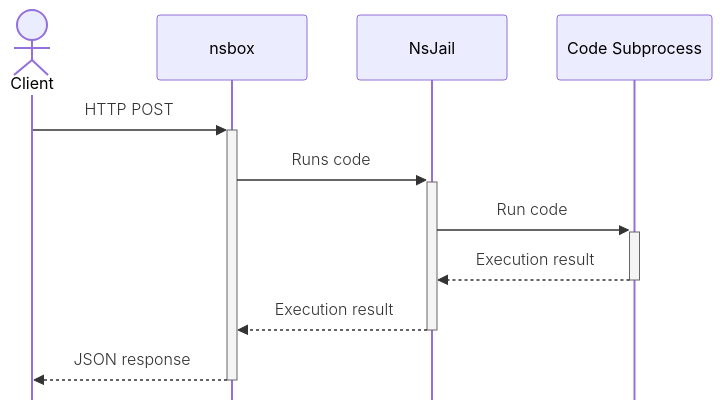
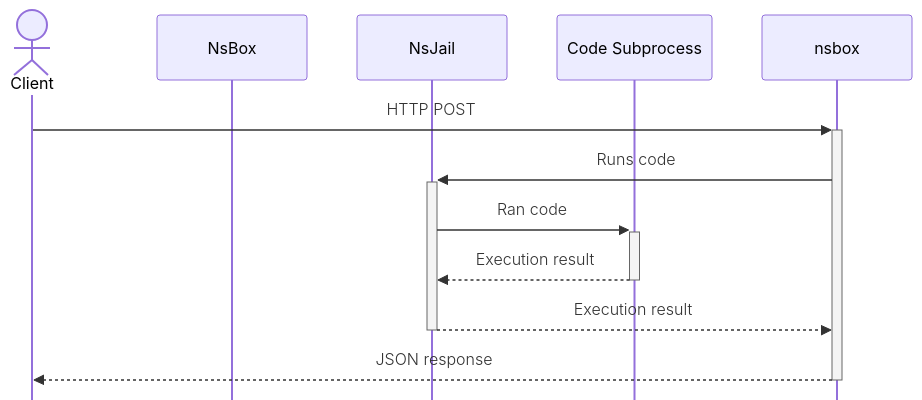
Before and after one commit to Janlxrd/nsbox: the diagram in README.md, drawn with Mermaid.

Commit message:
ill change it later

````diff
--- a/README.md
+++ b/README.md
@@ -15,16 +15,16 @@
 ```mermaid
 %%{init: { 'sequence': {'mirrorActors': false, 'messageFontWeight': 300, 'actorFontFamily': '-apple-system,BlinkMacSystemFont,Segoe UI,Helvetica,Arial,sans-serif' } } }%%
 sequenceDiagram
 
 actor Client
-participant nsbox
+participant NsBox
 participant NsJail
 participant Code as Code Subprocess
 
 Client ->>+ nsbox: HTTP POST
 nsbox ->>+ NsJail: Runs code
-NsJail ->>+ Code: Run code
+NsJail ->>+ Code: Ran code
 Code -->>- NsJail: Execution result
 NsJail -->>- nsbox: Execution result
 nsbox -->>- Client: JSON response
 ```
````
